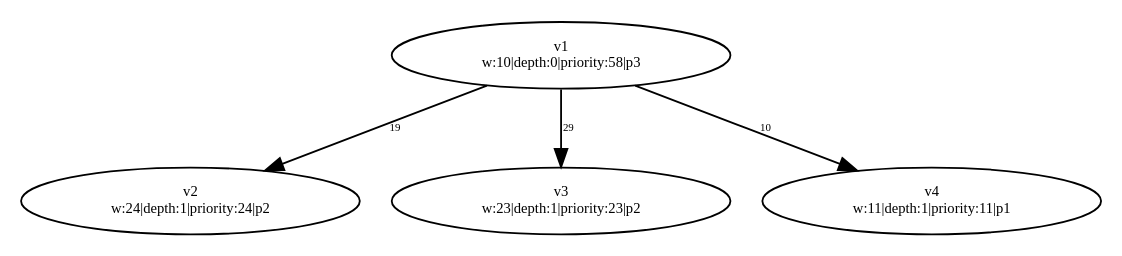
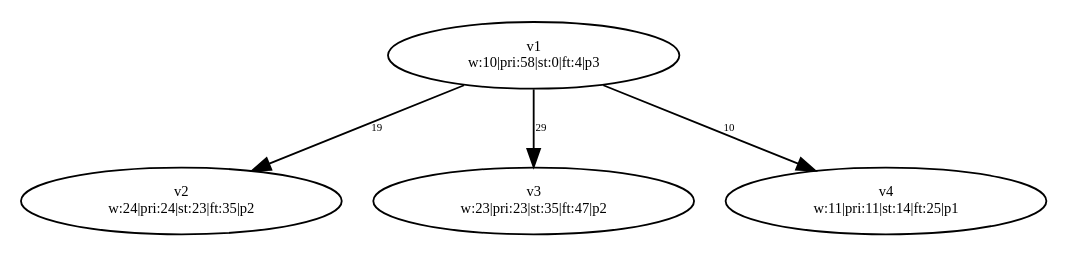
One commit to dexters1/Task-Scheduling-Based-on-Genetic-Algorithms changed the diagram in PythonApplication1/PythonApplication1/test-output/slika_2.gv. Above: the diagram before and after it, drawn with Graphviz. The commit also changed 51 other files, not shown here.

Commit message:
Finished unitTesting for Graph + Processor modules

```diff
--- a/PythonApplication1/PythonApplication1/test-output/slika_2.gv
+++ b/PythonApplication1/PythonApplication1/test-output/slika_2.gv
@@ -1,13 +1,13 @@
 digraph {
 	v1 [label="v1
-w:10|depth:0|priority:58|p3" fontsize=8.0]
+w:10|pri:58|st:0|ft:4|p3" fontsize=8.0]
 	v2 [label="v2
-w:24|depth:1|priority:24|p2" fontsize=8.0]
+w:24|pri:24|st:23|ft:35|p2" fontsize=8.0]
 	v3 [label="v3
-w:23|depth:1|priority:23|p2" fontsize=8.0]
+w:23|pri:23|st:35|ft:47|p2" fontsize=8.0]
 	v4 [label="v4
-w:11|depth:1|priority:11|p1" fontsize=8.0]
+w:11|pri:11|st:14|ft:25|p1" fontsize=8.0]
 	v1 -> v2 [label=19 constraint=true fontsize=6.0]
 	v1 -> v3 [label=29 constraint=true fontsize=6.0]
 	v1 -> v4 [label=10 constraint=true fontsize=6.0]
 }
```
